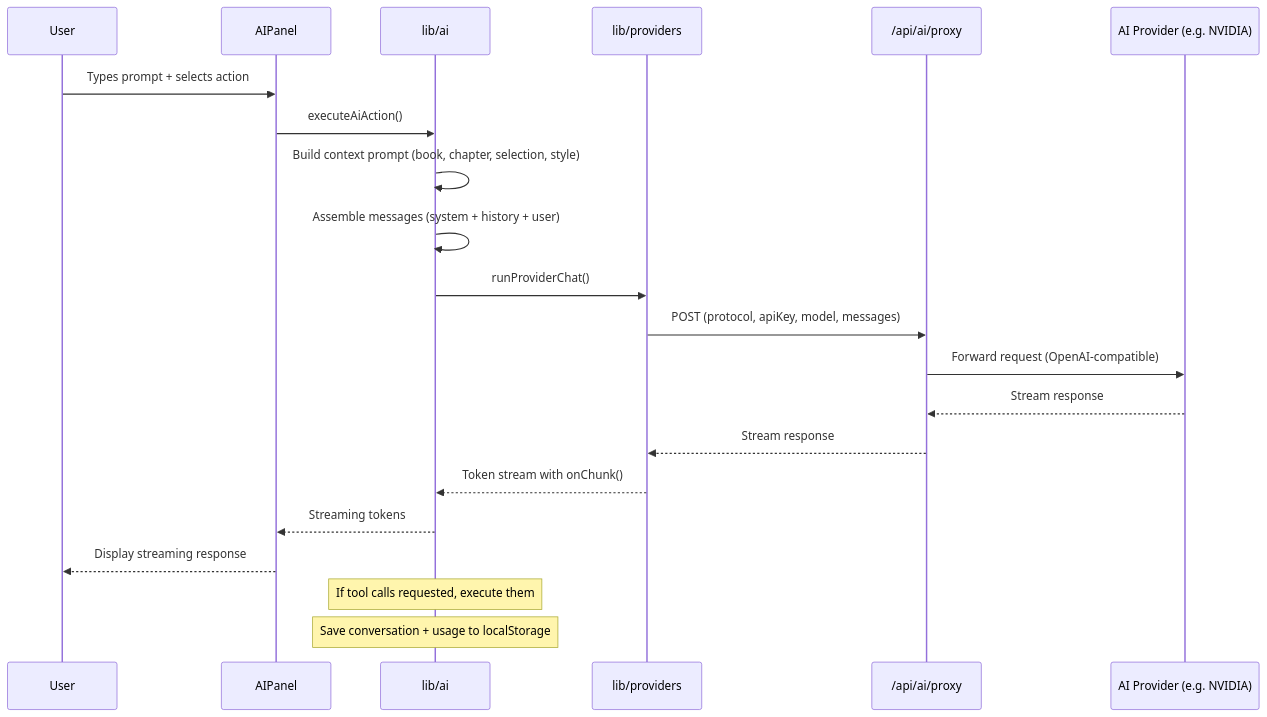
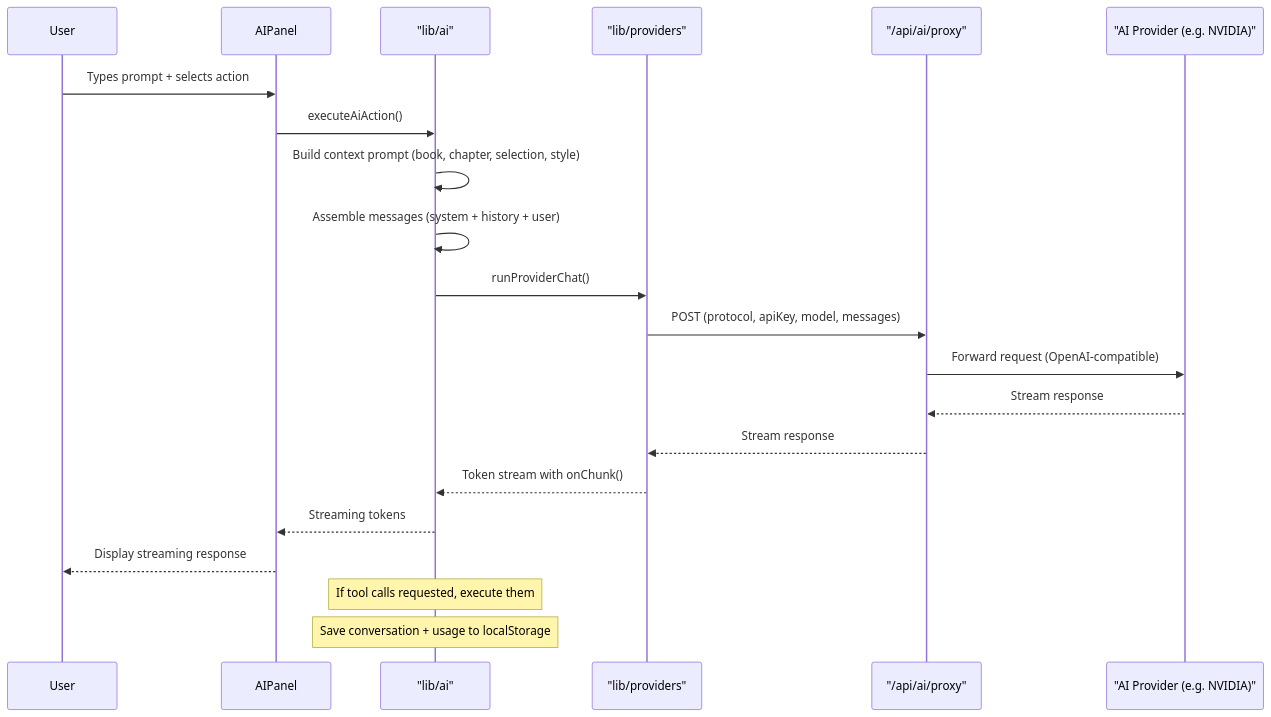
One commit to Sidmaz666/mahink changed the third of 4 diagrams in README.md. Above: the diagram before and after it, drawn with Mermaid. The commit also changed other lines of this file, not shown here.

Commit message:
Fix Mermaid syntax for GitHub rendering

````diff
--- a/README.md
+++ b/README.md
@@ -271,24 +271,24 @@
 ```mermaid
 sequenceDiagram
     participant User
     participant AIPanel
-    participant lib/ai
-    participant lib/providers
-    participant API as /api/ai/proxy
-    participant Provider as AI Provider (e.g. NVIDIA)
+    participant AILib as "lib/ai"
+    participant ProvLib as "lib/providers"
+    participant API as "/api/ai/proxy"
+    participant Provider as "AI Provider (e.g. NVIDIA)"
 
     User->>AIPanel: Types prompt + selects action
-    AIPanel->>lib/ai: executeAiAction()
-    lib/ai->>lib/ai: Build context prompt (book, chapter, selection, style)
-    lib/ai->>lib/ai: Assemble messages (system + history + user)
-    lib/ai->>lib/providers: runProviderChat()
-    lib/providers->>API: POST (protocol, apiKey, model, messages)
+    AIPanel->>AILib: executeAiAction()
+    AILib->>AILib: Build context prompt (book, chapter, selection, style)
+    AILib->>AILib: Assemble messages (system + history + user)
+    AILib->>ProvLib: runProviderChat()
+    ProvLib->>API: POST (protocol, apiKey, model, messages)
     API->>Provider: Forward request (OpenAI-compatible)
     Provider-->>API: Stream response
-    API-->>lib/providers: Stream response
-    lib/providers-->>lib/ai: Token stream with onChunk()
-    lib/ai-->>AIPanel: Streaming tokens
+    API-->>ProvLib: Stream response
+    ProvLib-->>AILib: Token stream with onChunk()
+    AILib-->>AIPanel: Streaming tokens
     AIPanel-->>User: Display streaming response
-    Note over lib/ai: If tool calls requested, execute them
-    Note over lib/ai: Save conversation + usage to localStorage
+    Note over AILib: If tool calls requested, execute them
+    Note over AILib: Save conversation + usage to localStorage
 ```
````
